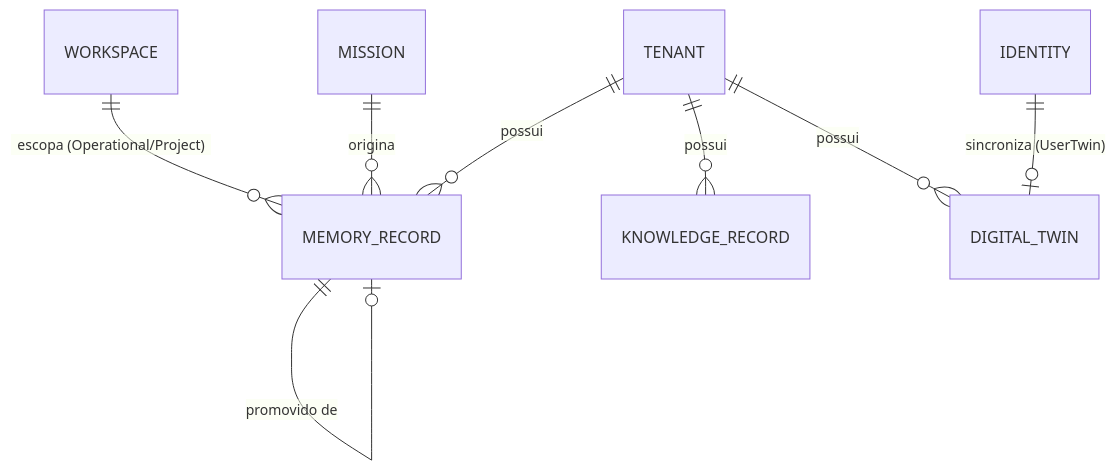
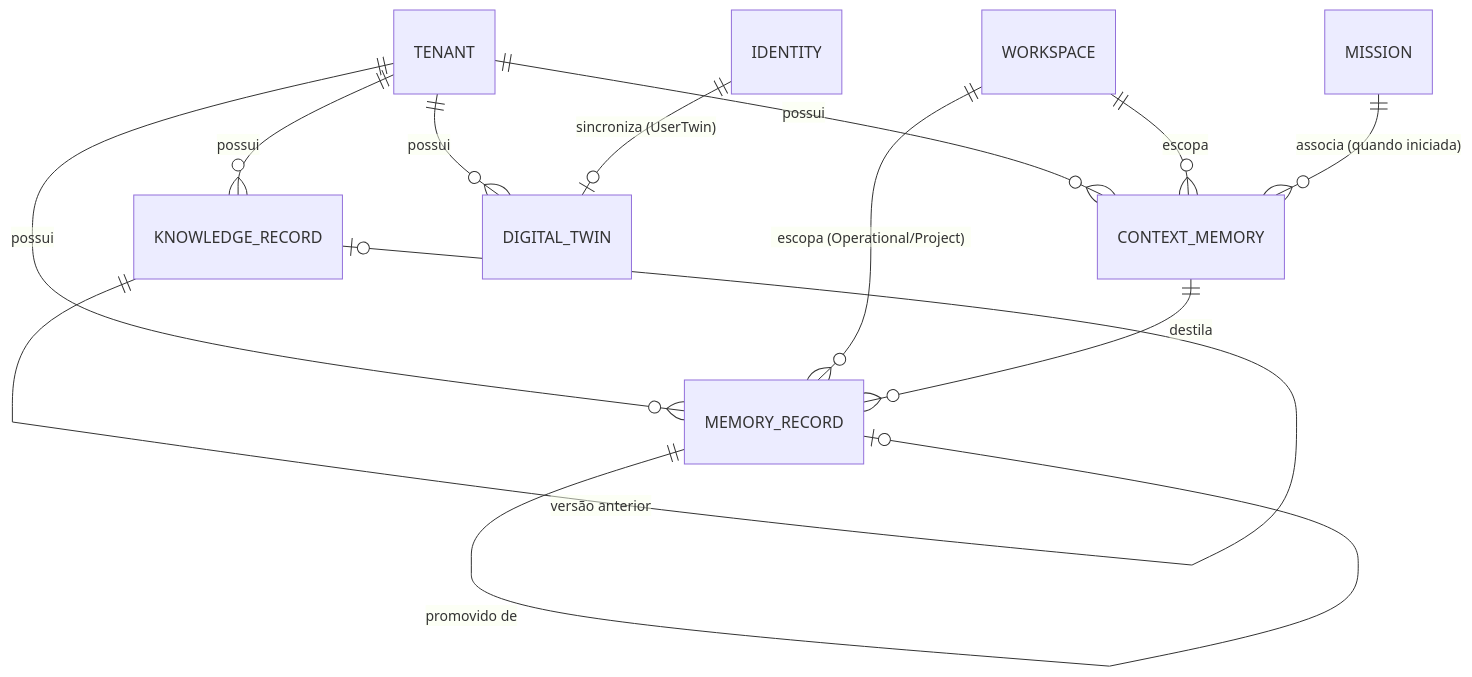
Before and after one commit to FelipeGat/Project-SIGMA: the diagram in MEMORY_MODEL.md, drawn with Mermaid. The commit also changed other lines of this file and 18 other files, not shown here.

First line of the commit message:
docs(release-4a): Memory Model rev.2 - ContextMemory, confidence, Knowledge versionado, Twin Event-Driven

````diff
--- a/MEMORY_MODEL.md
+++ b/MEMORY_MODEL.md
@@ -85,10 +138,14 @@
 ```mermaid
 erDiagram
+    TENANT ||--o{ CONTEXT_MEMORY : possui
     TENANT ||--o{ MEMORY_RECORD : possui
     TENANT ||--o{ KNOWLEDGE_RECORD : possui
     TENANT ||--o{ DIGITAL_TWIN : possui
+    WORKSPACE ||--o{ CONTEXT_MEMORY : escopa
     WORKSPACE ||--o{ MEMORY_RECORD : "escopa (Operational/Project)"
-    MISSION ||--o{ MEMORY_RECORD : origina
+    MISSION ||--o{ CONTEXT_MEMORY : "associa (quando iniciada)"
+    CONTEXT_MEMORY ||--o{ MEMORY_RECORD : destila
     MEMORY_RECORD ||--o| MEMORY_RECORD : "promovido de"
+    KNOWLEDGE_RECORD ||--o| KNOWLEDGE_RECORD : "versão anterior"
     IDENTITY ||--o| DIGITAL_TWIN : "sincroniza (UserTwin)"
 ```
````
